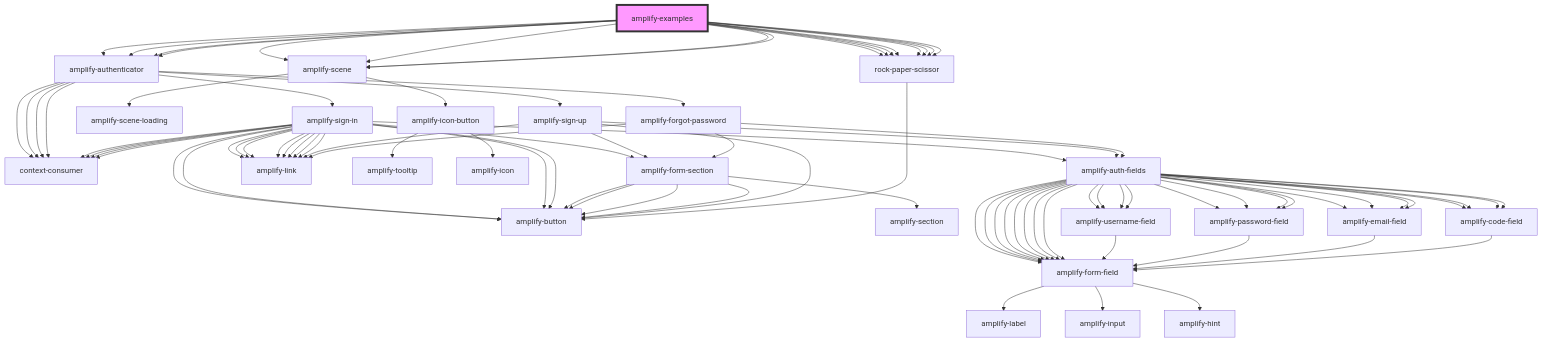
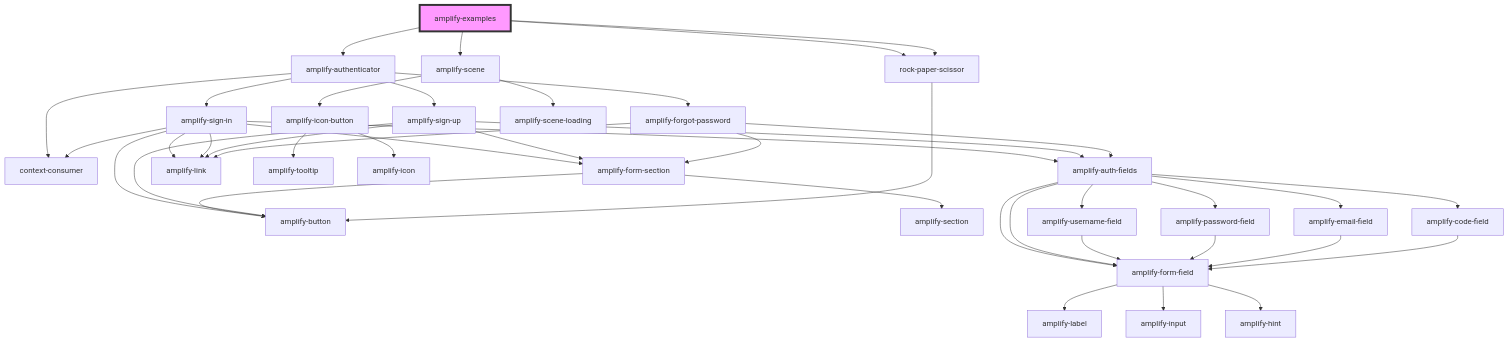
Before and after one commit to aws-amplify/amplify-js: the diagram in packages/amplify-ui-components/src/components/amplify-examples/readme.md, drawn with Mermaid. The commit also changed other lines of this file and 4 other files, not shown here.

````diff
--- a/packages/amplify-ui-components/src/components/amplify-examples/readme.md
+++ b/packages/amplify-ui-components/src/components/amplify-examples/readme.md
@@ -28,17 +16,5 @@
 ```mermaid
 graph TD;
-  amplify-examples --> amplify-authenticator
-  amplify-examples --> rock-paper-scissor
-  amplify-examples --> rock-paper-scissor
-  amplify-examples --> amplify-scene
-  amplify-examples --> amplify-authenticator
-  amplify-examples --> rock-paper-scissor
-  amplify-examples --> rock-paper-scissor
-  amplify-examples --> amplify-scene
-  amplify-examples --> amplify-authenticator
-  amplify-examples --> rock-paper-scissor
-  amplify-examples --> rock-paper-scissor
-  amplify-examples --> amplify-scene
   amplify-examples --> amplify-authenticator
   amplify-examples --> rock-paper-scissor
   amplify-examples --> rock-paper-scissor
@@ -47,50 +23,14 @@
   amplify-authenticator --> amplify-sign-up
   amplify-authenticator --> amplify-forgot-password
   amplify-authenticator --> context-consumer
-  amplify-authenticator --> context-consumer
-  amplify-authenticator --> context-consumer
-  amplify-authenticator --> context-consumer
   amplify-sign-in --> amplify-form-section
   amplify-sign-in --> amplify-auth-fields
   amplify-sign-in --> amplify-link
   amplify-sign-in --> context-consumer
   amplify-sign-in --> amplify-link
   amplify-sign-in --> amplify-button
-  amplify-sign-in --> amplify-link
-  amplify-sign-in --> context-consumer
-  amplify-sign-in --> amplify-link
-  amplify-sign-in --> amplify-button
-  amplify-sign-in --> amplify-link
-  amplify-sign-in --> context-consumer
-  amplify-sign-in --> amplify-link
-  amplify-sign-in --> amplify-button
-  amplify-sign-in --> amplify-link
-  amplify-sign-in --> context-consumer
-  amplify-sign-in --> amplify-link
-  amplify-sign-in --> amplify-button
   amplify-form-section --> amplify-section
   amplify-form-section --> amplify-button
-  amplify-form-section --> amplify-button
-  amplify-form-section --> amplify-button
-  amplify-form-section --> amplify-button
-  amplify-auth-fields --> amplify-username-field
-  amplify-auth-fields --> amplify-password-field
-  amplify-auth-fields --> amplify-email-field
-  amplify-auth-fields --> amplify-code-field
-  amplify-auth-fields --> amplify-form-field
-  amplify-auth-fields --> amplify-form-field
-  amplify-auth-fields --> amplify-username-field
-  amplify-auth-fields --> amplify-password-field
-  amplify-auth-fields --> amplify-email-field
-  amplify-auth-fields --> amplify-code-field
-  amplify-auth-fields --> amplify-form-field
-  amplify-auth-fields --> amplify-form-field
-  amplify-auth-fields --> amplify-username-field
-  amplify-auth-fields --> amplify-password-field
-  amplify-auth-fields --> amplify-email-field
-  amplify-auth-fields --> amplify-code-field
-  amplify-auth-fields --> amplify-form-field
-  amplify-auth-fields --> amplify-form-field
   amplify-auth-fields --> amplify-username-field
   amplify-auth-fields --> amplify-password-field
   amplify-auth-fields --> amplify-email-field
````
